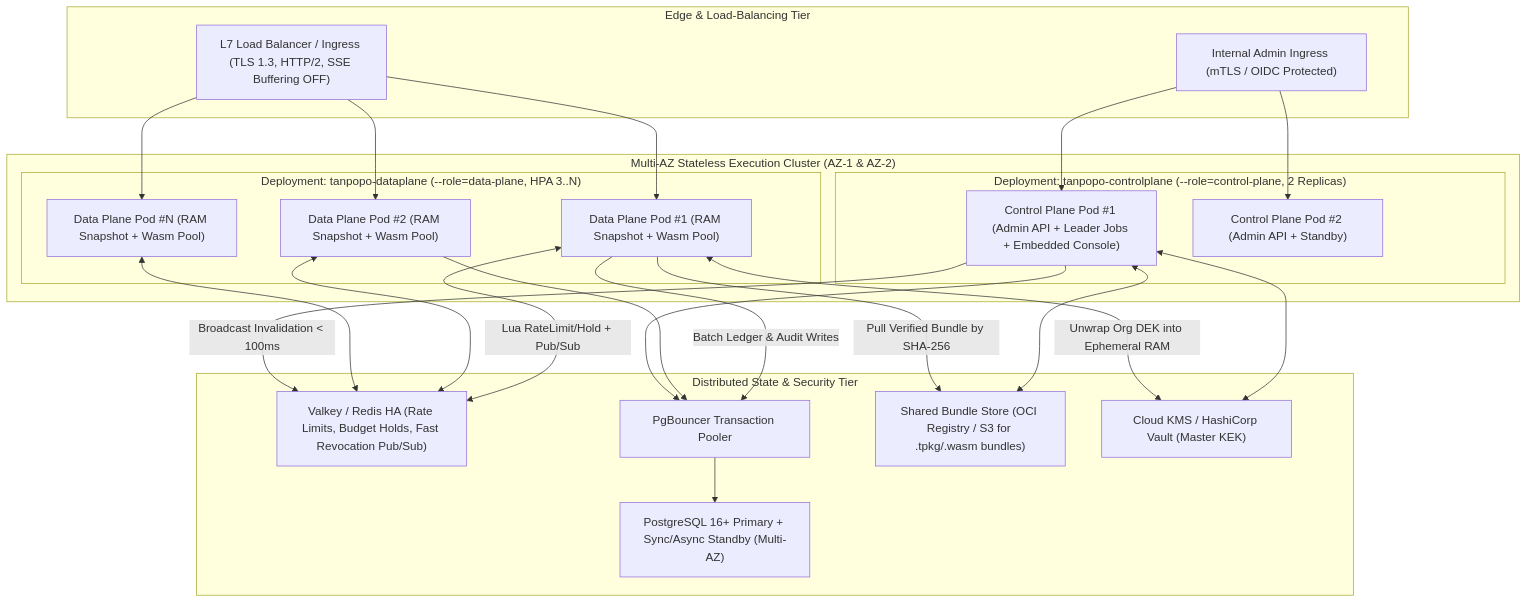
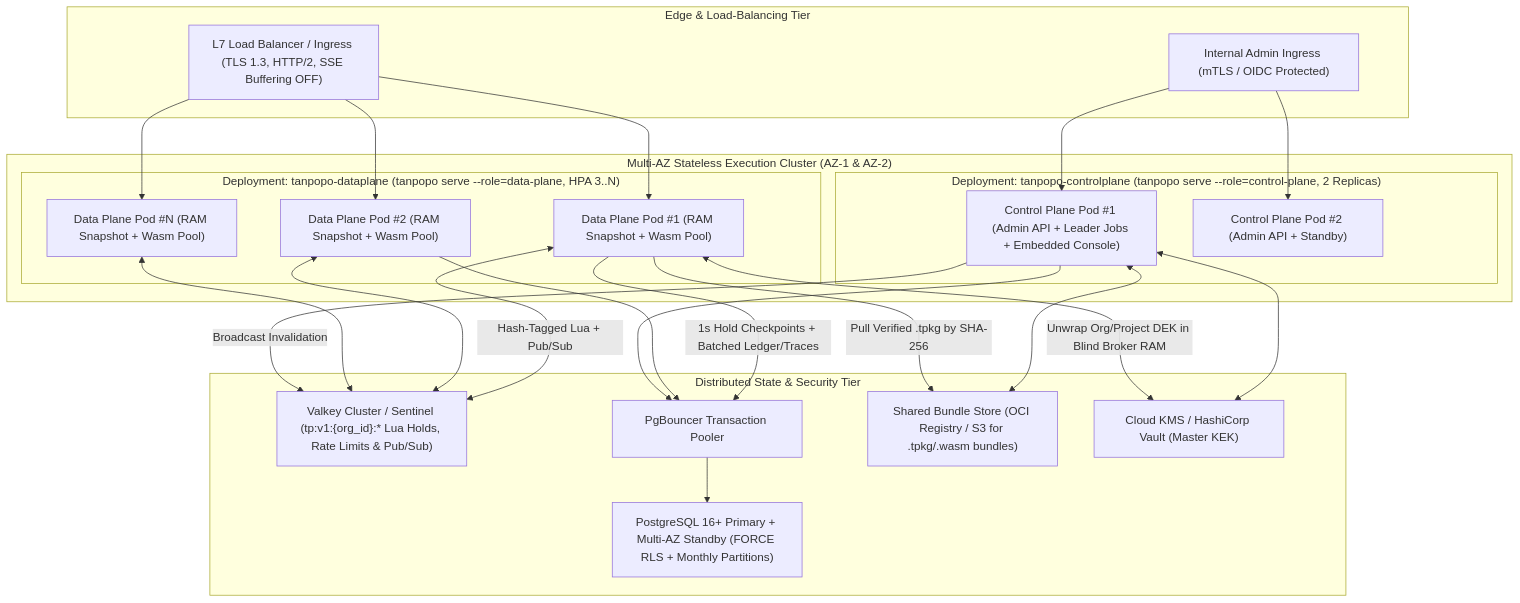
Before and after one commit to nguywnben/tanpopo: the diagram in docs/architecture/deployment-topology.md, drawn with Mermaid. The commit also changed other lines of this file and 70 other files, not shown here.

````diff
--- a/docs/architecture/deployment-topology.md
+++ b/docs/architecture/deployment-topology.md
@@ -23,49 +23,49 @@
 ```mermaid
 flowchart TB
     subgraph Edge["Edge & Load-Balancing Tier"]
         LB["L7 Load Balancer / Ingress (TLS 1.3, HTTP/2, SSE Buffering OFF)"]
         AdminLB["Internal Admin Ingress (mTLS / OIDC Protected)"]
     end
 
     subgraph K8sAZ["Multi-AZ Stateless Execution Cluster (AZ-1 & AZ-2)"]
-        subgraph DPPods["Deployment: tanpopo-dataplane (--role=data-plane, HPA 3..N)"]
+        subgraph DPPods["Deployment: tanpopo-dataplane (tanpopo serve --role=data-plane, HPA 3..N)"]
             DP1["Data Plane Pod #1 (RAM Snapshot + Wasm Pool)"]
             DP2["Data Plane Pod #2 (RAM Snapshot + Wasm Pool)"]
             DPN["Data Plane Pod #N (RAM Snapshot + Wasm Pool)"]
         end
 
-        subgraph CPPods["Deployment: tanpopo-controlplane (--role=control-plane, 2 Replicas)"]
+        subgraph CPPods["Deployment: tanpopo-controlplane (tanpopo serve --role=control-plane, 2 Replicas)"]
             CP1["Control Plane Pod #1 (Admin API + Leader Jobs + Embedded Console)"]
             CP2["Control Plane Pod #2 (Admin API + Standby)"]
         end
     end
 
     subgraph SharedState["Distributed State & Security Tier"]
-        Valkey["Valkey / Redis HA (Rate Limits, Budget Holds, Fast Revocation Pub/Sub)"]
+        Valkey["Valkey Cluster / Sentinel (tp:v1:{org_id}:* Lua Holds, Rate Limits & Pub/Sub)"]
         PgPool["PgBouncer Transaction Pooler"]
-        PG["PostgreSQL 16+ Primary + Sync/Async Standby (Multi-AZ)"]
+        PG["PostgreSQL 16+ Primary + Multi-AZ Standby (FORCE RLS + Monthly Partitions)"]
         ObjStore["Shared Bundle Store (OCI Registry / S3 for .tpkg/.wasm bundles)"]
         KMS["Cloud KMS / HashiCorp Vault (Master KEK)"]
     end
 
     LB --> DP1
     LB --> DP2
     LB --> DPN
     AdminLB --> CP1
     AdminLB --> CP2
 
-    DP1 <-->|"Lua RateLimit/Hold + Pub/Sub"| Valkey
+    DP1 <-->|"Hash-Tagged Lua + Pub/Sub"| Valkey
     DP2 <--> Valkey
     DPN <--> Valkey
-    CP1 -->|"Broadcast Invalidation < 100ms"| Valkey
+    CP1 -->|"Broadcast Invalidation"| Valkey
 
-    DP1 -->|"Batch Ledger & Audit Writes"| PgPool
+    DP1 -->|"1s Hold Checkpoints + Batched Ledger/Traces"| PgPool
     DP2 --> PgPool
     CP1 --> PgPool
     PgPool --> PG
 
     CP1 <--> ObjStore
-    DP1 -->|"Pull Verified Bundle by SHA-256"| ObjStore
+    DP1 -->|"Pull Verified .tpkg by SHA-256"| ObjStore
     CP1 <--> KMS
-    DP1 <-->|"Unwrap Org DEK into Ephemeral RAM"| KMS
+    DP1 <-->|"Unwrap Org/Project DEK in Blind Broker RAM"| KMS
 ```
````
